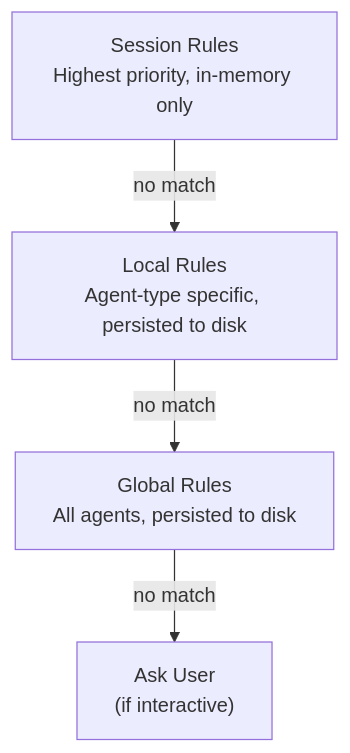
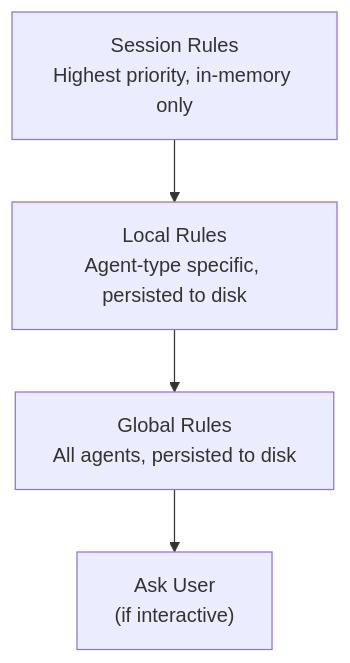
Before and after one commit to HourSense/picrust: the diagram in docs/permissions/three-tier.mdx, drawn with Mermaid. The commit also changed 9 other files, not shown here.

Commit message:
Add custom CSS for Mermaid diagrams and update documentation for improved clarity with HTML line breaks.

````diff
--- a/docs/permissions/three-tier.mdx
+++ b/docs/permissions/three-tier.mdx
@@ -10,11 +10,11 @@
 ```mermaid
 flowchart TB
-    S["Session Rules\nHighest priority, in-memory only"]
-    L["Local Rules\nAgent-type specific, persisted to disk"]
-    G["Global Rules\nAll agents, persisted to disk"]
-    U["Ask User\n(if interactive)"]
+    S["Session Rules<br/>Highest priority, in-memory only"]
+    L["Local Rules<br/>Agent-type specific, persisted to disk"]
+    G["Global Rules<br/>All agents, persisted to disk"]
+    U["Ask User<br/>(if interactive)"]
 
-    S -- "no match" --> L
-    L -- "no match" --> G
-    G -- "no match" --> U
+    S --> L
+    L --> G
+    G --> U
 ```
````
